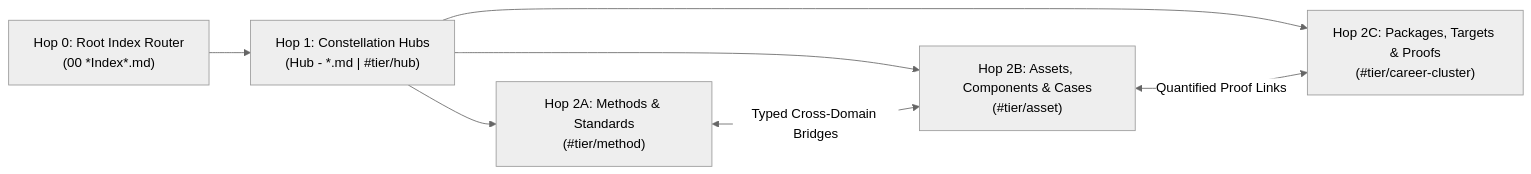
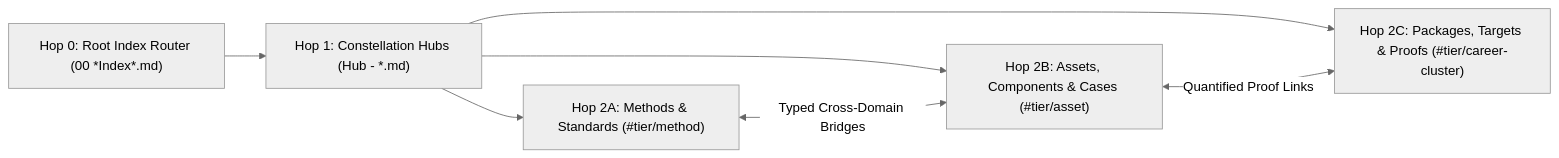
The diagram in skills/xobsidian/SKILL.md (iscvlab/boostx), drawn with Mermaid (neutral theme) before and after one commit. The commit also changed 6 other files, not shown here.

Commit message:
fix(docs): remove <br> and xychart-beta from Mermaid diagrams across BoostX and /xocr

````diff
--- a/skills/xobsidian/SKILL.md
+++ b/skills/xobsidian/SKILL.md
@@ -76,9 +76,9 @@
 ```mermaid
-graph LR
-    Hop0["Hop 0: Root Index Router<br>(00 *Index*.md)"] --> Hop1["Hop 1: Constellation Hubs<br>(Hub - *.md | #tier/hub)"]
-    Hop1 --> Method["Hop 2A: Methods & Standards<br>(#tier/method)"]
-    Hop1 --> Asset["Hop 2B: Assets, Components & Cases<br>(#tier/asset)"]
-    Hop1 --> Career["Hop 2C: Packages, Targets & Proofs<br>(#tier/career-cluster)"]
+flowchart LR
+    Hop0["Hop 0: Root Index Router (00 *Index*.md)"] --> Hop1["Hop 1: Constellation Hubs (Hub - *.md)"]
+    Hop1 --> Method["Hop 2A: Methods & Standards (#tier/method)"]
+    Hop1 --> Asset["Hop 2B: Assets, Components & Cases (#tier/asset)"]
+    Hop1 --> Career["Hop 2C: Packages, Targets & Proofs (#tier/career-cluster)"]
     Method <-->|"Typed Cross-Domain Bridges"| Asset
     Asset <-->|"Quantified Proof Links"| Career
 ```
````
